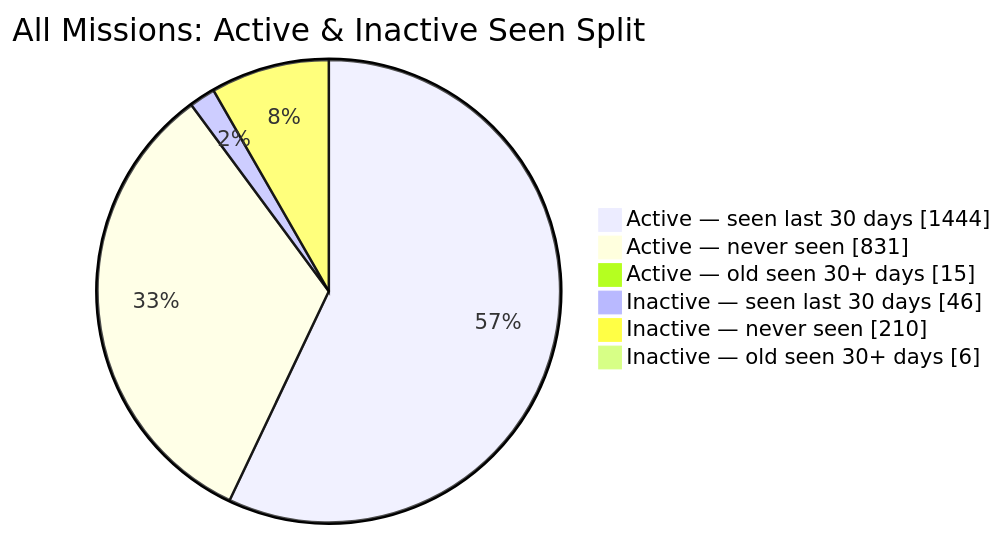
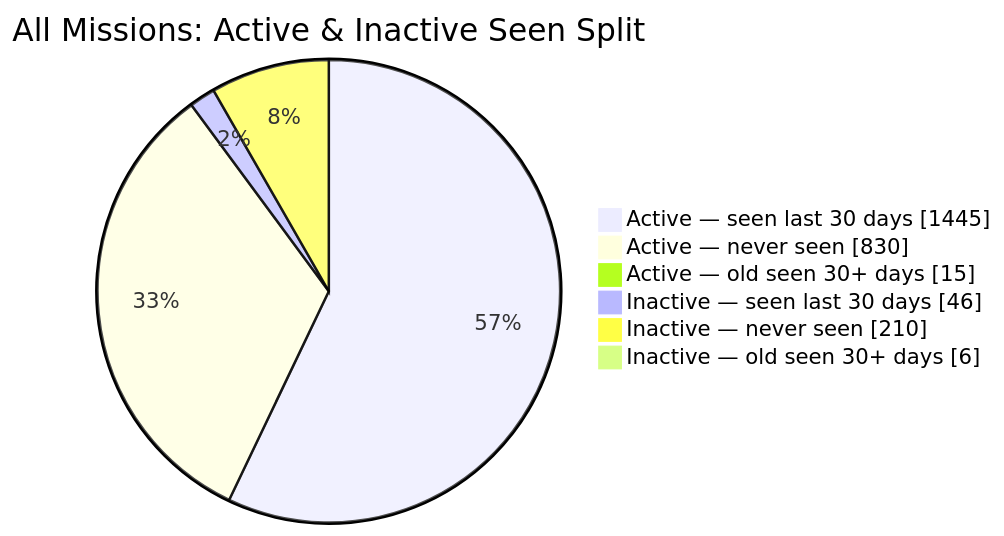
The second of 2 diagrams in README.md (MeldkamerspelGameTeam/active-missions), drawn with Mermaid before and after one commit. The commit also changed other lines of this file and 2 other files, not shown here.

````diff
--- a/README.md
+++ b/README.md
@@ -44,10 +44,10 @@
 ```mermaid
 pie showData
     title All Missions: Active & Inactive Seen Split
-    "Active — seen last 30 days" : 1444
-    "Active — never seen" : 831
+    "Active — seen last 30 days" : 1445
+    "Active — never seen" : 830
     "Active — old seen 30+ days" : 15
     "Inactive — seen last 30 days" : 46
     "Inactive — never seen" : 210
     "Inactive — old seen 30+ days" : 6
 ```
````
